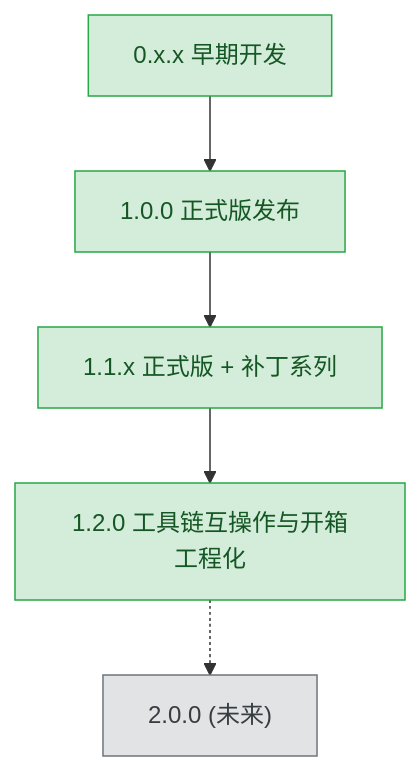
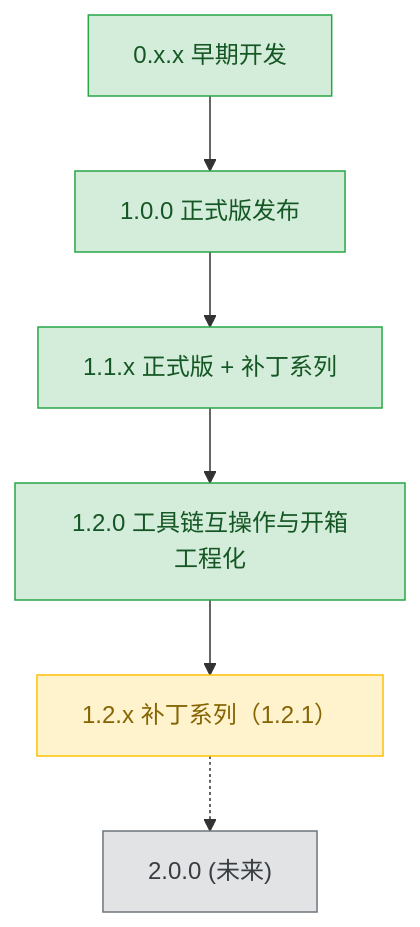
Before and after one commit to 3667808244/EazyMake: the diagram in plans/README.md, drawn with Mermaid. The commit also changed other lines of this file and 3 other files, not shown here.

Commit message:
docs(1.2.1): 新增 1.2.1 计划（按项目类型差异化模板生成——static/shared 生成 include/<name>.hpp + src/<name>.cpp 库骨架，executable/utils 保持现状；namespace 净化规则）+ plan.md 切换 + plans 索引/mermaid 更新

````diff
--- a/plans/README.md
+++ b/plans/README.md
@@ -56,21 +60,24 @@
 ```mermaid
 graph TD
     v0xx["0.x.x 早期开发"]
     v100["1.0.0 正式版发布"]
     v11x["1.1.x 正式版 + 补丁系列"]
     v120["1.2.0 工具链互操作与开箱工程化"]
+    v121["1.2.x 补丁系列（1.2.1）"]
     v200["2.0.0 (未来)"]
 
     v0xx --> v100
     v100 --> v11x
     v11x --> v120
-    v120 -.-> v200
+    v120 --> v121
+    v121 -.-> v200
 
     classDef done fill:#d4edda,stroke:#28a745,color:#155724;
     classDef active fill:#fff3cd,stroke:#ffc107,color:#856404;
     classDef todo fill:#e2e3e5,stroke:#6c757d,color:#383d41;
 
     class v0xx,v100 done;
     class v11x,v120 done;
+    class v121 active;
     class v200 todo;
 ```
````
